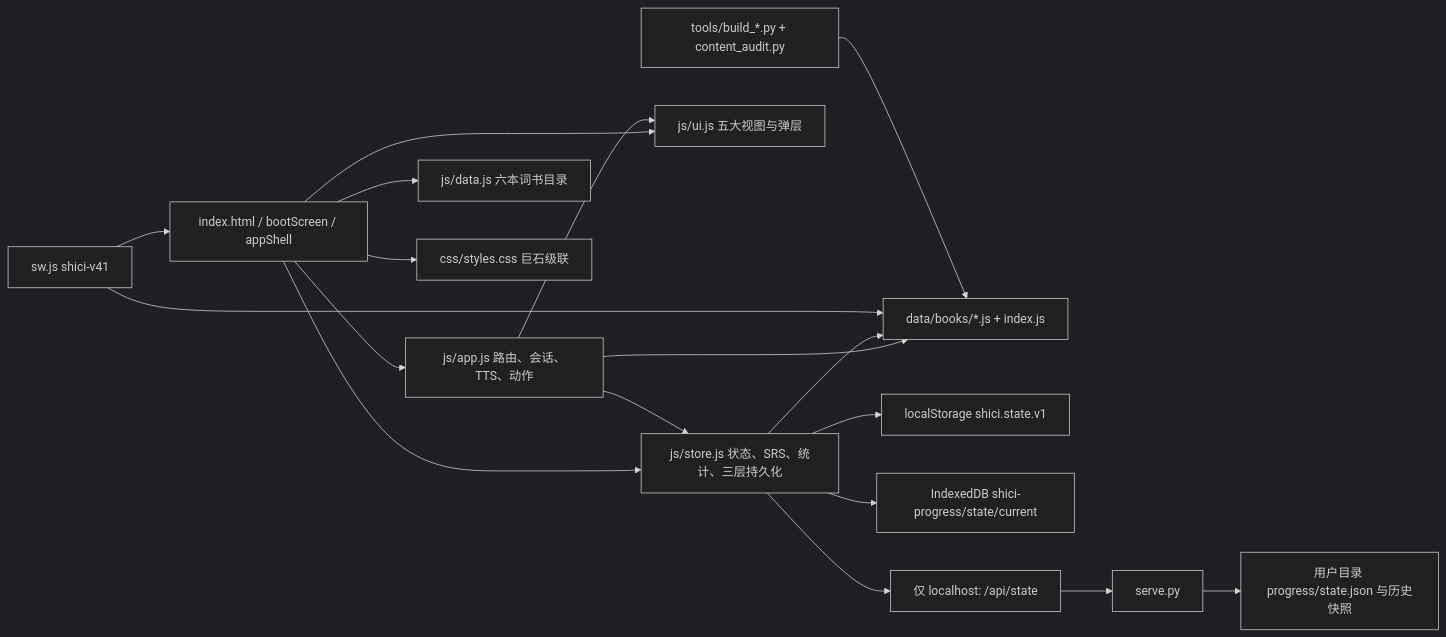
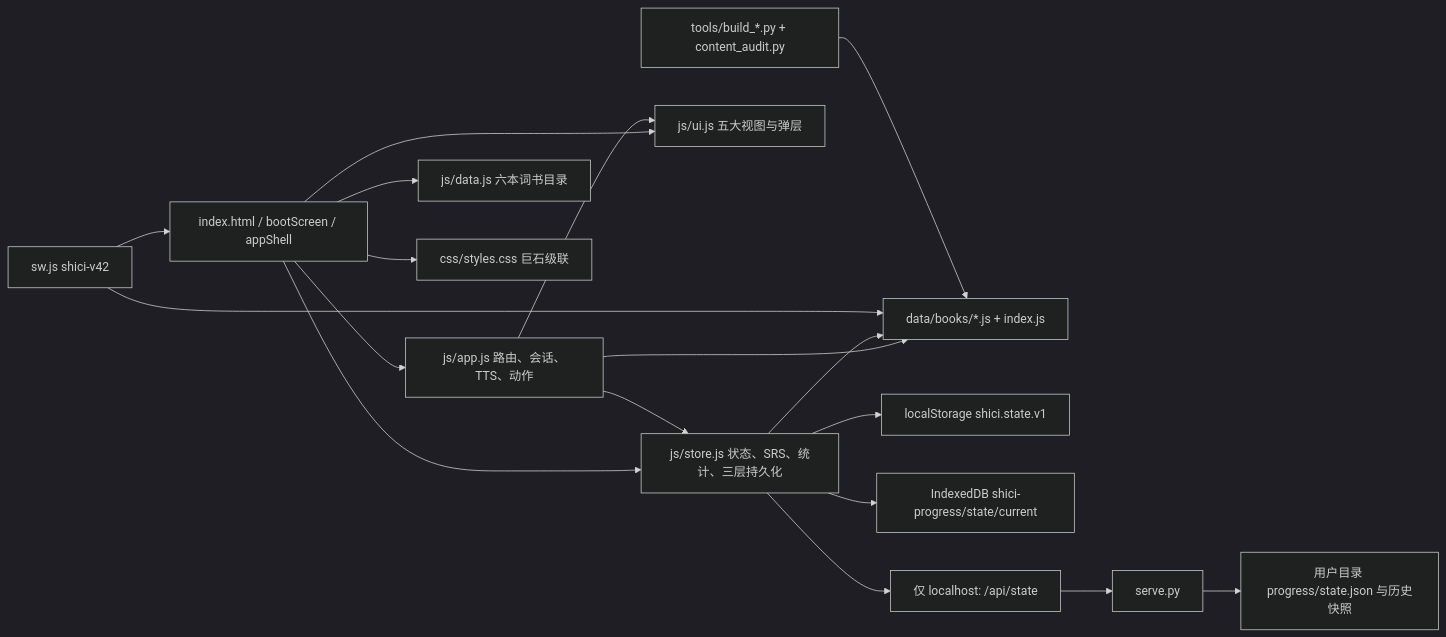
Before and after one commit to weijialiang2023/shici: the first of 7 diagrams in docs/system_design.md, drawn with Mermaid (dark theme). The commit also changed other lines of this file and 11 other files, not shown here.

````diff
--- a/docs/system_design.md
+++ b/docs/system_design.md
@@ -11,20 +11,20 @@
 ```mermaid
 flowchart LR
     H[index.html / bootScreen / appShell] --> A[js/app.js 路由、会话、TTS、动作]
     H --> S[js/store.js 状态、SRS、统计、三层持久化]
     H --> U[js/ui.js 五大视图与弹层]
     H --> D[js/data.js 六本词书目录]
     H --> CSS[css/styles.css 巨石级联]
     A --> S
     A --> U
     A --> B[data/books/*.js + index.js]
     S --> B
     S --> L[localStorage shici.state.v1]
     S --> I[IndexedDB shici-progress/state/current]
     S --> API[仅 localhost: /api/state]
     API --> PY[serve.py]
     PY --> P[用户目录 progress/state.json 与历史快照]
-    SW[sw.js shici-v41] --> H
+    SW[sw.js shici-v42] --> H
     SW --> B
     ETL[tools/build_*.py + content_audit.py] --> B
 ```
````
